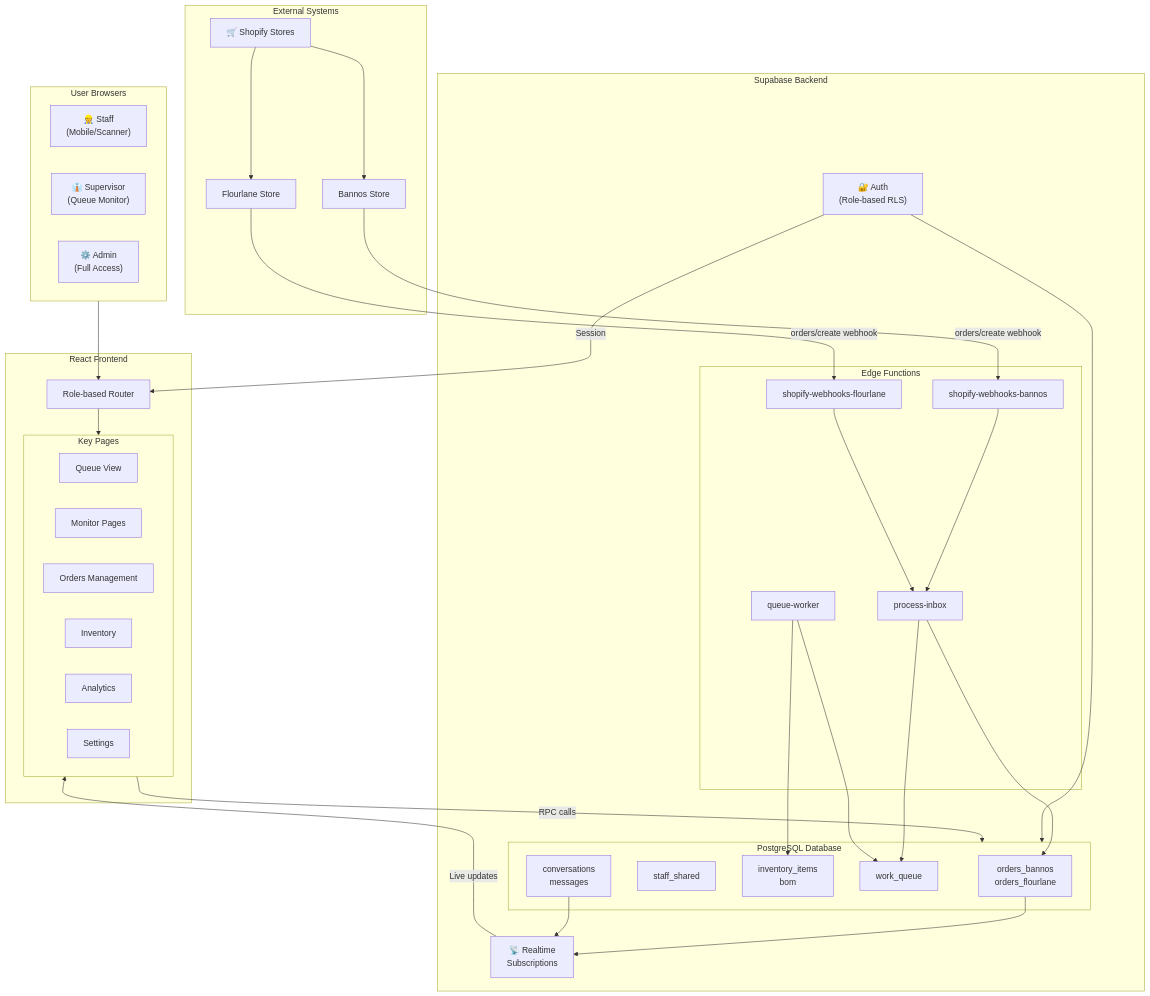
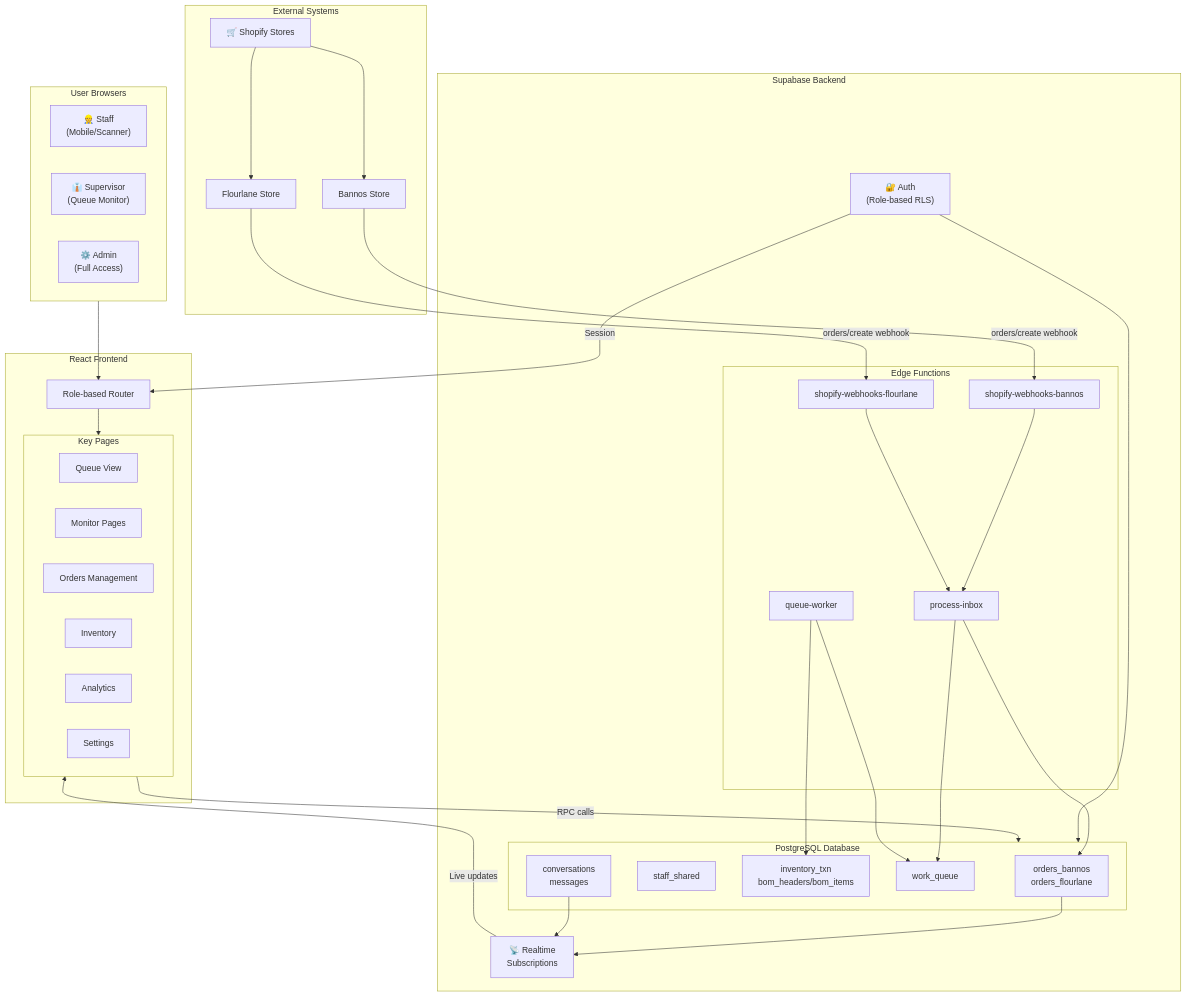
One commit to bannoscakes/bannoscakes-ordak-ui changed the first of 3 diagrams in docs/ARCHITECTURE.md. Above: the diagram before and after it, drawn with Mermaid.

Commit message:
fix: update Mermaid diagram to use correct table names

````diff
--- a/docs/ARCHITECTURE.md
+++ b/docs/ARCHITECTURE.md
@@ -7,71 +7,71 @@
 ```mermaid
 flowchart TB
     subgraph External["External Systems"]
         Shopify["🛒 Shopify Stores"]
         Bannos["Bannos Store"]
         Flourlane["Flourlane Store"]
         Shopify --> Bannos
         Shopify --> Flourlane
     end
 
     subgraph Users["User Browsers"]
         Staff["👷 Staff<br/>(Mobile/Scanner)"]
         Supervisor["👔 Supervisor<br/>(Queue Monitor)"]
         Admin["⚙️ Admin<br/>(Full Access)"]
     end
 
     subgraph Supabase["Supabase Backend"]
         subgraph Edge["Edge Functions"]
             WebhookBannos["shopify-webhooks-bannos"]
             WebhookFlourlane["shopify-webhooks-flourlane"]
             ProcessInbox["process-inbox"]
             QueueWorker["queue-worker"]
         end
 
         subgraph DB["PostgreSQL Database"]
             Orders["orders_bannos<br/>orders_flourlane"]
             Staff_DB["staff_shared"]
-            Inventory["inventory_items<br/>bom"]
+            Inventory["inventory_txn<br/>bom_headers/bom_items"]
             WorkQueue["work_queue"]
             Messaging["conversations<br/>messages"]
         end
 
         Auth["🔐 Auth<br/>(Role-based RLS)"]
         Realtime["📡 Realtime<br/>Subscriptions"]
     end
 
     subgraph Frontend["React Frontend"]
         Router["Role-based Router"]
 
         subgraph Pages["Key Pages"]
             Queue["Queue View"]
             Monitor["Monitor Pages"]
             OrdersMgmt["Orders Management"]
             InventoryMgmt["Inventory"]
             Analytics["Analytics"]
             Settings["Settings"]
         end
     end
 
     %% External to Supabase
     Bannos -->|"orders/create webhook"| WebhookBannos
     Flourlane -->|"orders/create webhook"| WebhookFlourlane
     WebhookBannos --> ProcessInbox
     WebhookFlourlane --> ProcessInbox
     ProcessInbox --> Orders
     ProcessInbox --> WorkQueue
     QueueWorker --> WorkQueue
     QueueWorker --> Inventory
 
     %% Database connections
     Orders --> Realtime
     Messaging --> Realtime
     Auth --> DB
 
     %% Frontend connections
     Users --> Router
     Router --> Pages
     Pages -->|"RPC calls"| DB
     Realtime -->|"Live updates"| Pages
     Auth -->|"Session"| Router
 ```
````
